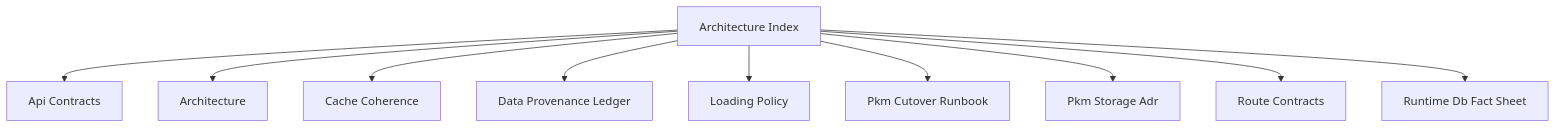
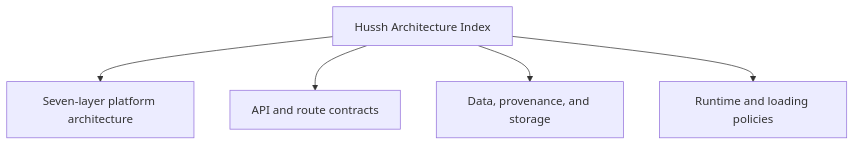
One commit to hushh-labs/hushh-research changed the diagram in docs/reference/architecture/README.md. Above: the diagram before and after it, drawn with Mermaid. The commit also changed other lines of this file and 171 other files, not shown here.

Commit message:
feat: refresh Hussh docs and voice contracts

````diff
--- a/docs/reference/architecture/README.md
+++ b/docs/reference/architecture/README.md
@@ -6,22 +6,13 @@
 ```mermaid
 flowchart TD
-  root["Architecture Index"]
-  n1["Api Contracts"]
-  root --> n1
-  n2["Architecture"]
-  root --> n2
-  n3["Cache Coherence"]
-  root --> n3
-  n4["Data Provenance Ledger"]
-  root --> n4
-  n5["Loading Policy"]
-  root --> n5
-  n6["Pkm Cutover Runbook"]
-  root --> n6
-  n7["Pkm Storage Adr"]
-  root --> n7
-  n8["Route Contracts"]
-  root --> n8
-  n9["Runtime Db Fact Sheet"]
-  root --> n9
+  root["Hussh Architecture Index"]
+  stack["Seven-layer platform architecture"]
+  contracts["API and route contracts"]
+  data["Data, provenance, and storage"]
+  runtime["Runtime and loading policies"]
+
+  root --> stack
+  root --> contracts
+  root --> data
+  root --> runtime
 ```
````
